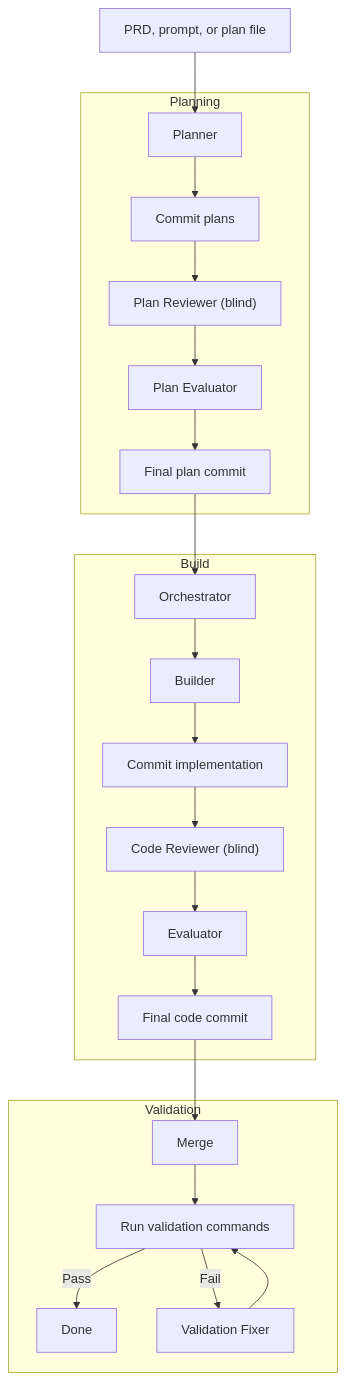
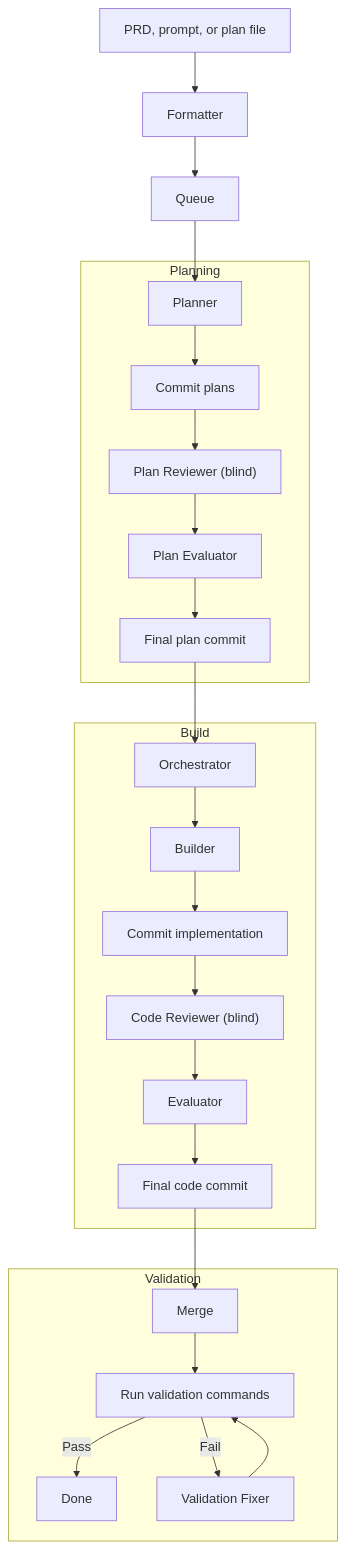
The diagram in README.md (eforge-build/eforge), drawn with Mermaid before and after one commit. The commit also changed other lines of this file and 10 other files, not shown here.

````diff
--- a/README.md
+++ b/README.md
@@ -29,32 +29,34 @@
 ```mermaid
 flowchart TD
     Start["PRD, prompt, or plan file"]
 
-    Start --> Planner
+    Start --> Formatter["Formatter"]
+    Formatter --> Queue["Queue"]
+    Queue --> Planner
 
     subgraph plan ["Planning"]
         Planner["Planner"] --> PC["Commit plans"]
         PC --> PR["Plan Reviewer (blind)"]
         PR --> PE["Plan Evaluator"]
         PE --> PF["Final plan commit"]
     end
 
     PF --> Orch
 
     subgraph build ["Build"]
         Orch["Orchestrator"] --> Builder["Builder"]
         Builder --> BC["Commit implementation"]
         BC --> CR["Code Reviewer (blind)"]
         CR --> CE["Evaluator"]
         CE --> BF["Final code commit"]
     end
 
     BF --> Merge["Merge"]
 
     subgraph validate ["Validation"]
         Merge --> Val["Run validation commands"]
         Val -->|"Pass"| Done["Done"]
         Val -->|"Fail"| Fixer["Validation Fixer"]
         Fixer --> Val
     end
 ```
````
